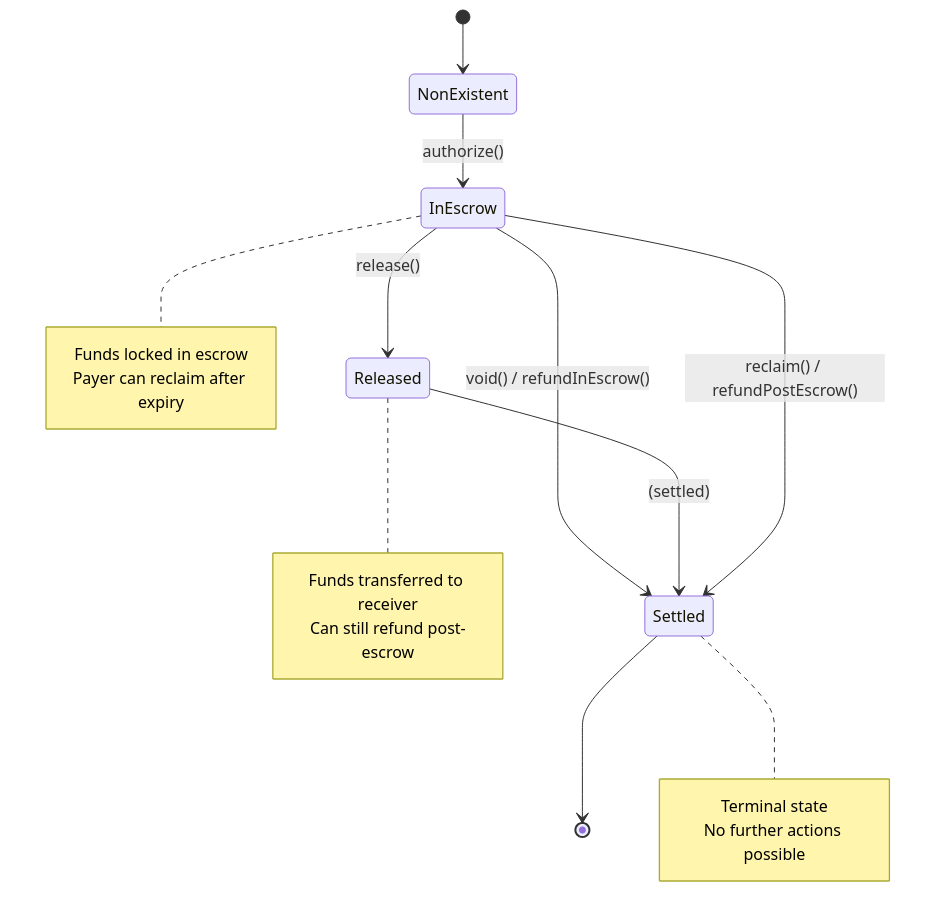
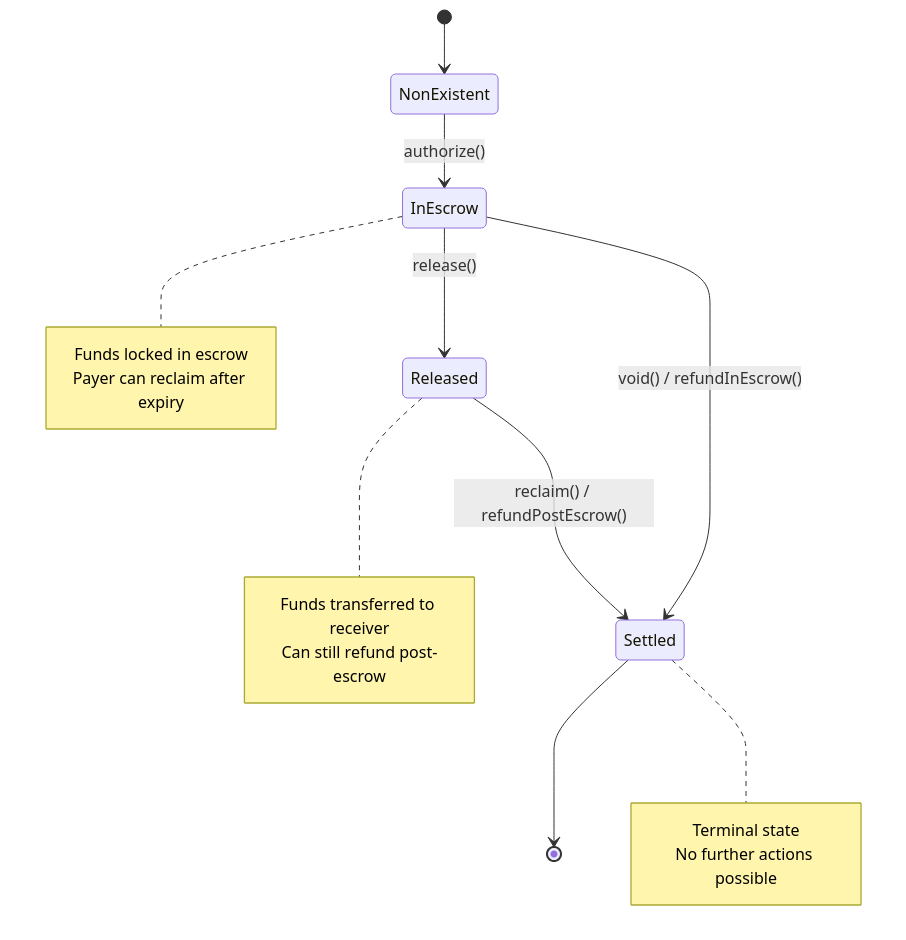
Before and after one commit to BackTrackCo/docs: the second of 2 diagrams in contracts/core-contracts.mdx, drawn with Mermaid. The commit also changed other lines of this file and 9 other files, not shown here.

````diff
--- a/contracts/core-contracts.mdx
+++ b/contracts/core-contracts.mdx
@@ -478,25 +478,24 @@
 ```mermaid
 stateDiagram-v2
     [*] --> NonExistent
     NonExistent --> InEscrow: authorize()
     InEscrow --> Released: release()
     InEscrow --> Settled: void() / refundInEscrow()
-    Released --> Settled: (settled)
-    InEscrow --> Settled: reclaim() / refundPostEscrow()
+    Released --> Settled: reclaim() / refundPostEscrow()
     Settled --> [*]
 
     note right of InEscrow
         Funds locked in escrow
         Payer can reclaim after expiry
     end note
 
     note right of Released
         Funds transferred to receiver
         Can still refund post-escrow
     end note
 
     note right of Settled
         Terminal state
         No further actions possible
     end note
 ```
````
